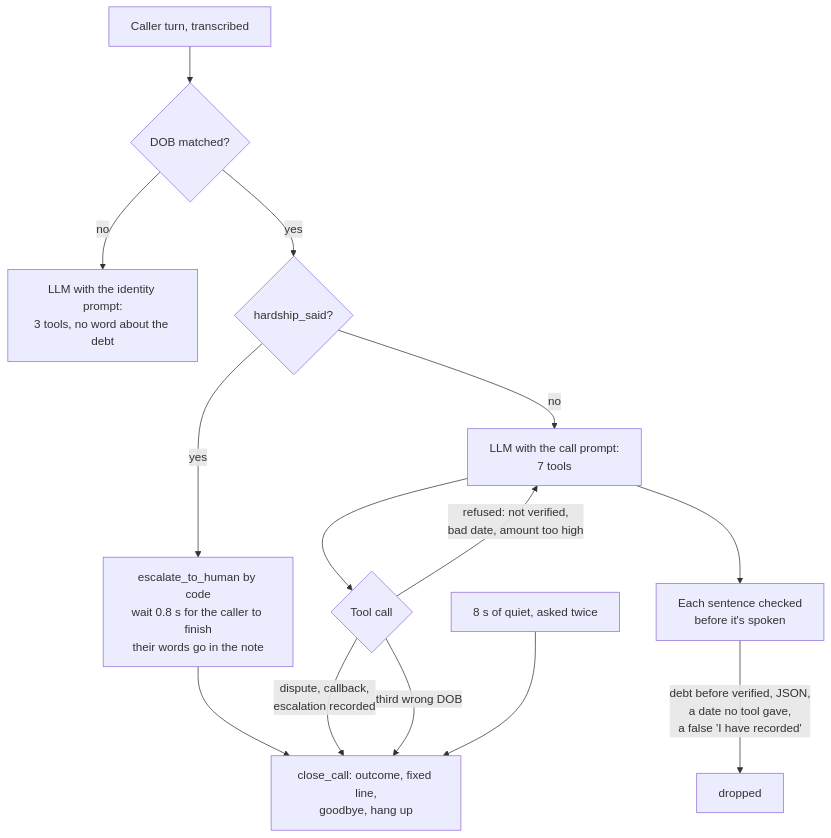
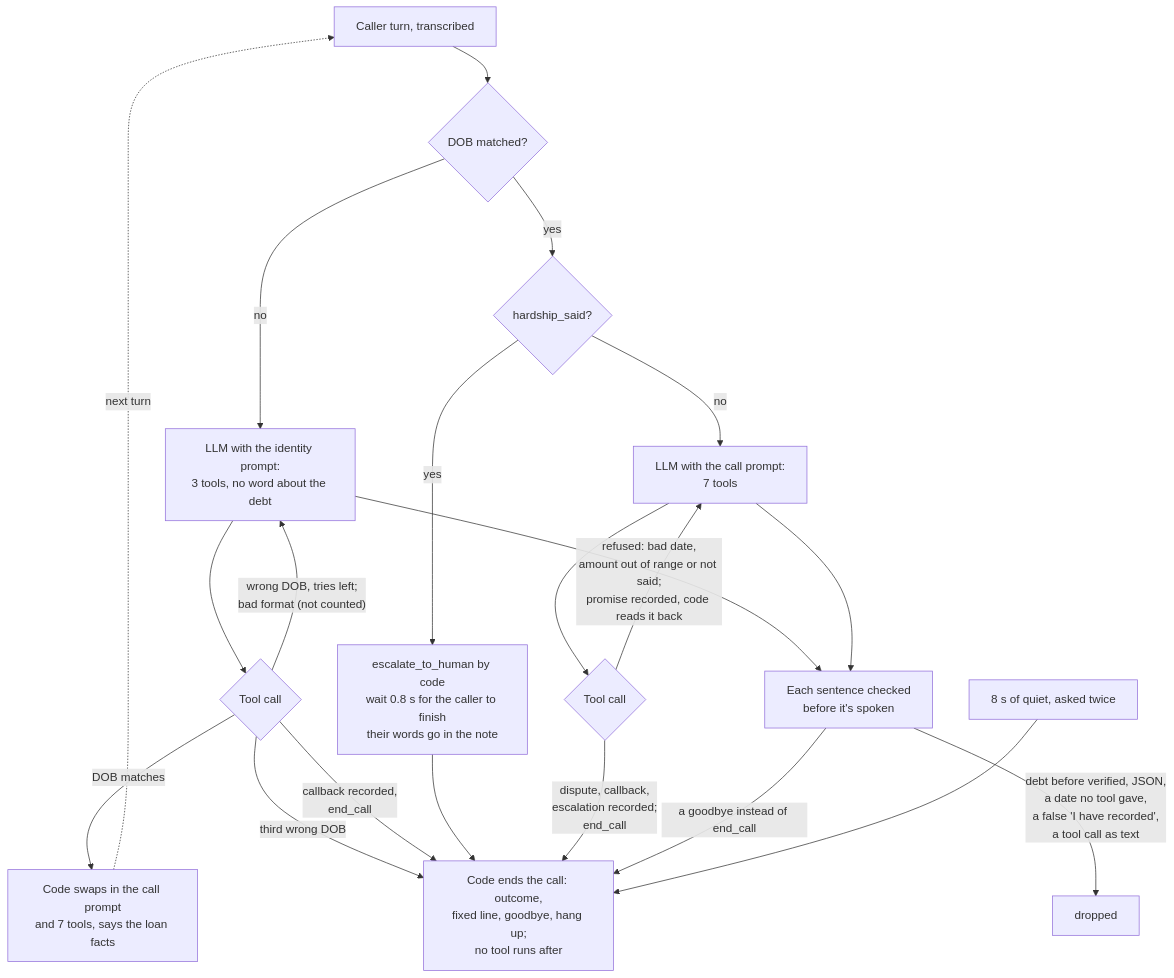
One commit to cooldip00/voice-agent changed the second of 2 diagrams in docs/architecture.md. Above: the diagram before and after it, drawn with Mermaid. The commit also changed other lines of this file and 17 other files, not shown here.

First line of the commit message:
Review fixes: date and amount parsing, call endings, bank connection

````diff
--- a/docs/architecture.md
+++ b/docs/architecture.md
@@ -33,17 +33,24 @@
 ```mermaid
 flowchart TD
     turn["Caller turn, transcribed"] --> verified{"DOB matched?"}
     verified -- no --> idprompt["LLM with the identity prompt:<br/>3 tools, no word about the debt"]
+    idprompt --> idtool{"Tool call"}
+    idtool -- "DOB matches" --> swap["Code swaps in the call prompt<br/>and 7 tools, says the loan facts"]
+    swap -. "next turn" .-> turn
+    idtool -- "wrong DOB, tries left;<br/>bad format (not counted)" --> idprompt
+    idtool -- "third wrong DOB" --> close
+    idtool -- "callback recorded,<br/>end_call" --> close
     verified -- yes --> hardship{"hardship_said?"}
     hardship -- yes --> esc["escalate_to_human by code<br/>wait 0.8 s for the caller to finish<br/>their words go in the note"]
     esc --> close
     hardship -- no --> llm["LLM with the call prompt:<br/>7 tools"]
     llm --> tool{"Tool call"}
-    tool -- "refused: not verified,<br/>bad date, amount too high" --> llm
-    tool -- "dispute, callback,<br/>escalation recorded" --> close
-    tool -- "third wrong DOB" --> close
+    tool -- "refused: bad date,<br/>amount out of range or not said;<br/>promise recorded, code reads it back" --> llm
+    tool -- "dispute, callback,<br/>escalation recorded;<br/>end_call" --> close
+    idprompt --> say
     llm --> say["Each sentence checked<br/>before it's spoken"]
-    say -- "debt before verified, JSON,<br/>a date no tool gave,<br/>a false 'I have recorded'" --> drop["dropped"]
+    say -- "debt before verified, JSON,<br/>a date no tool gave,<br/>a false 'I have recorded',<br/>a tool call as text" --> drop["dropped"]
+    say -- "a goodbye instead of end_call" --> close
     silence["8 s of quiet, asked twice"] --> close
-    close["close_call: outcome, fixed line,<br/>goodbye, hang up"]
+    close["Code ends the call: outcome,<br/>fixed line, goodbye, hang up;<br/>no tool runs after"]
 ```
````
